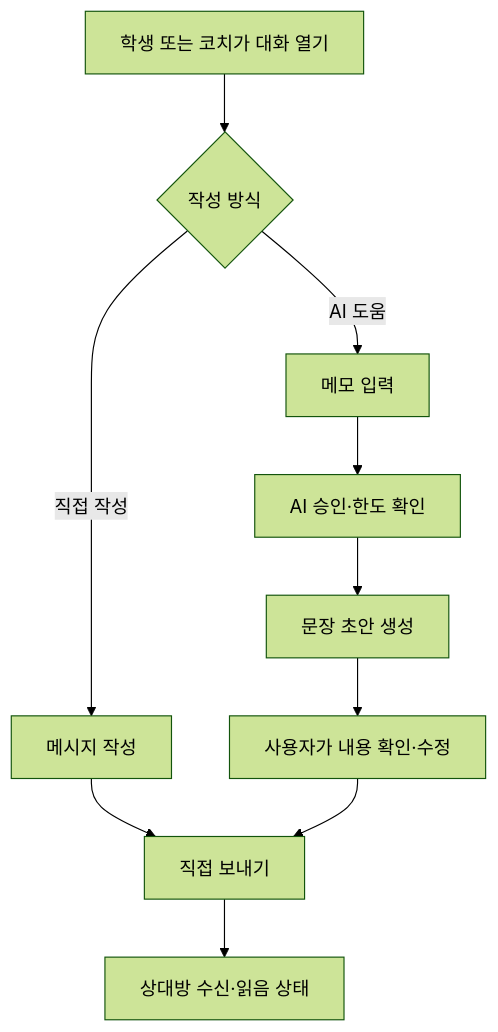
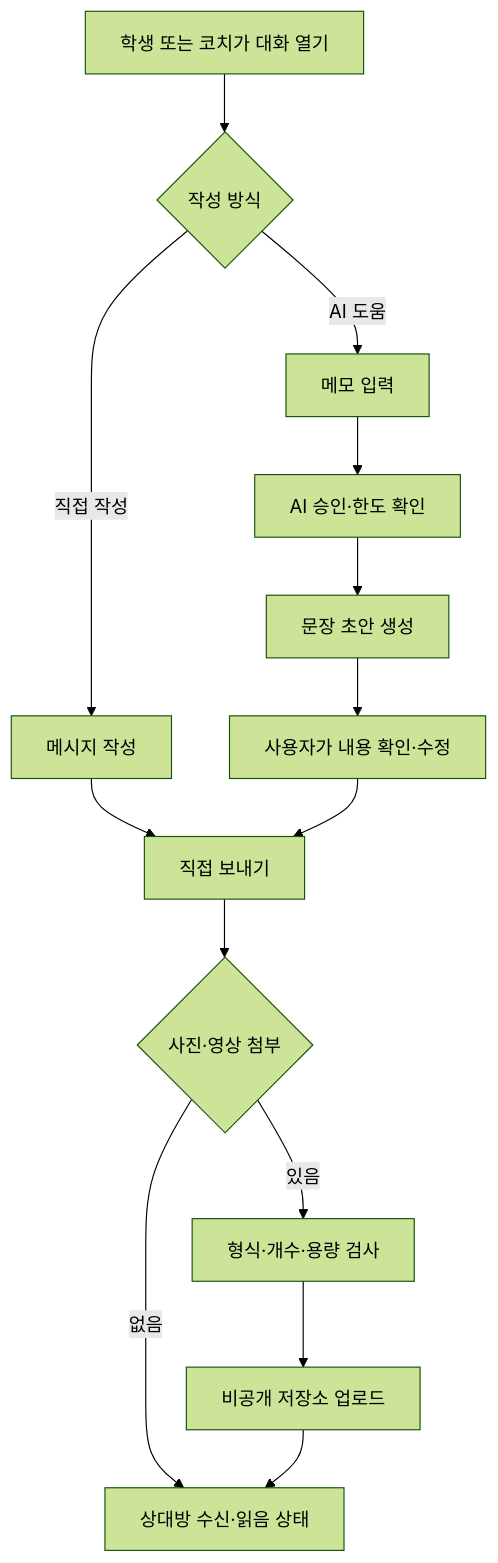
The fourth of 9 diagrams in docs/CORE_WORKFLOWS.md (thehouserehab/reperformance-homepage), drawn with Mermaid (forest theme) before and after one commit. The commit also changed other lines of this file and 44 other files, not shown here.

````diff
--- a/docs/CORE_WORKFLOWS.md
+++ b/docs/CORE_WORKFLOWS.md
@@ -77,12 +88,16 @@
 ```mermaid
 flowchart TD
     A["학생 또는 코치가 대화 열기"] --> B{"작성 방식"}
     B -->|직접 작성| C["메시지 작성"]
     B -->|AI 도움| D["메모 입력"]
     D --> E["AI 승인·한도 확인"]
     E --> F["문장 초안 생성"]
     F --> G["사용자가 내용 확인·수정"]
     C --> H["직접 보내기"]
     G --> H
-    H --> I["상대방 수신·읽음 상태"]
+    H --> I{"사진·영상 첨부"}
+    I -->|없음| J["상대방 수신·읽음 상태"]
+    I -->|있음| K["형식·개수·용량 검사"]
+    K --> L["비공개 저장소 업로드"]
+    L --> J
 ```
````
